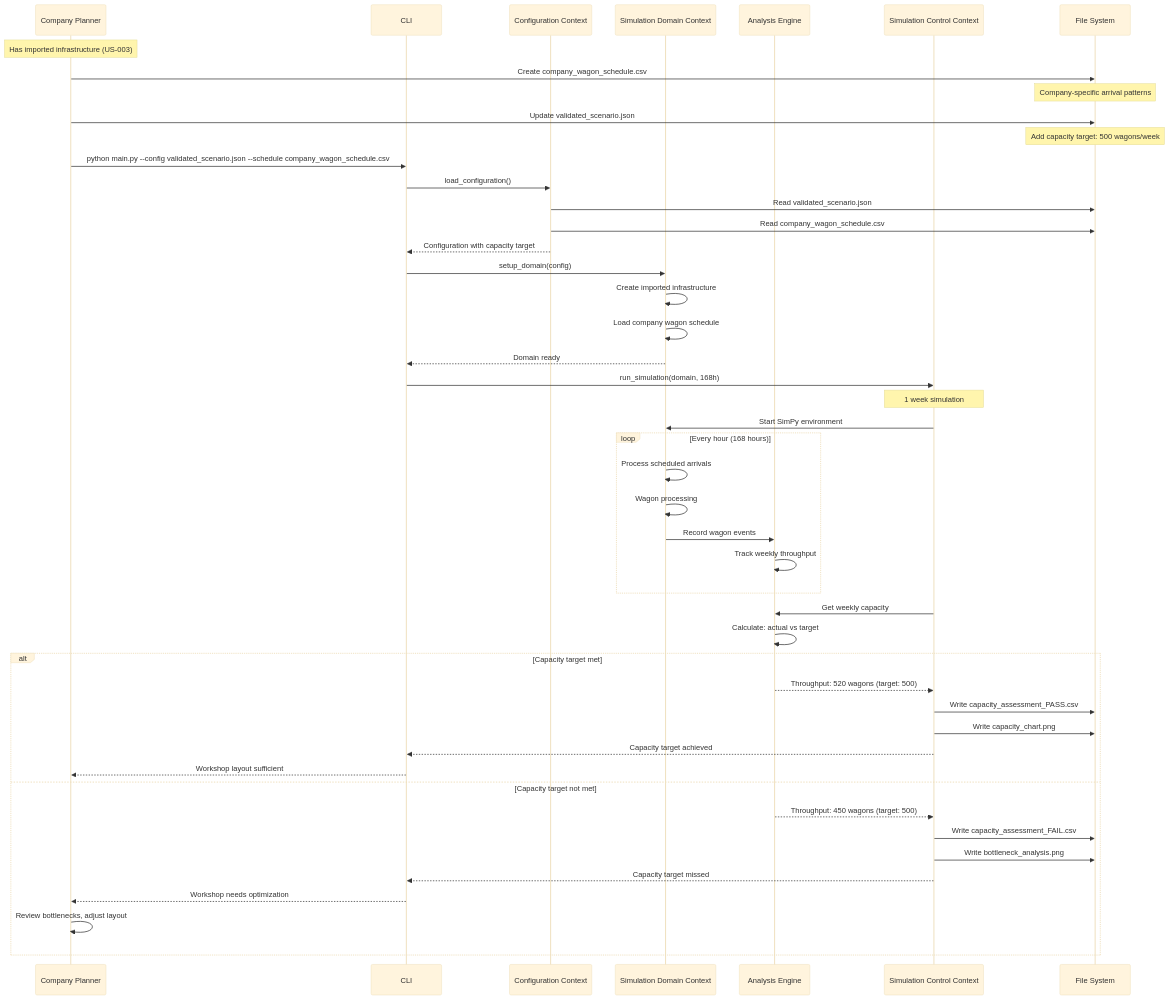
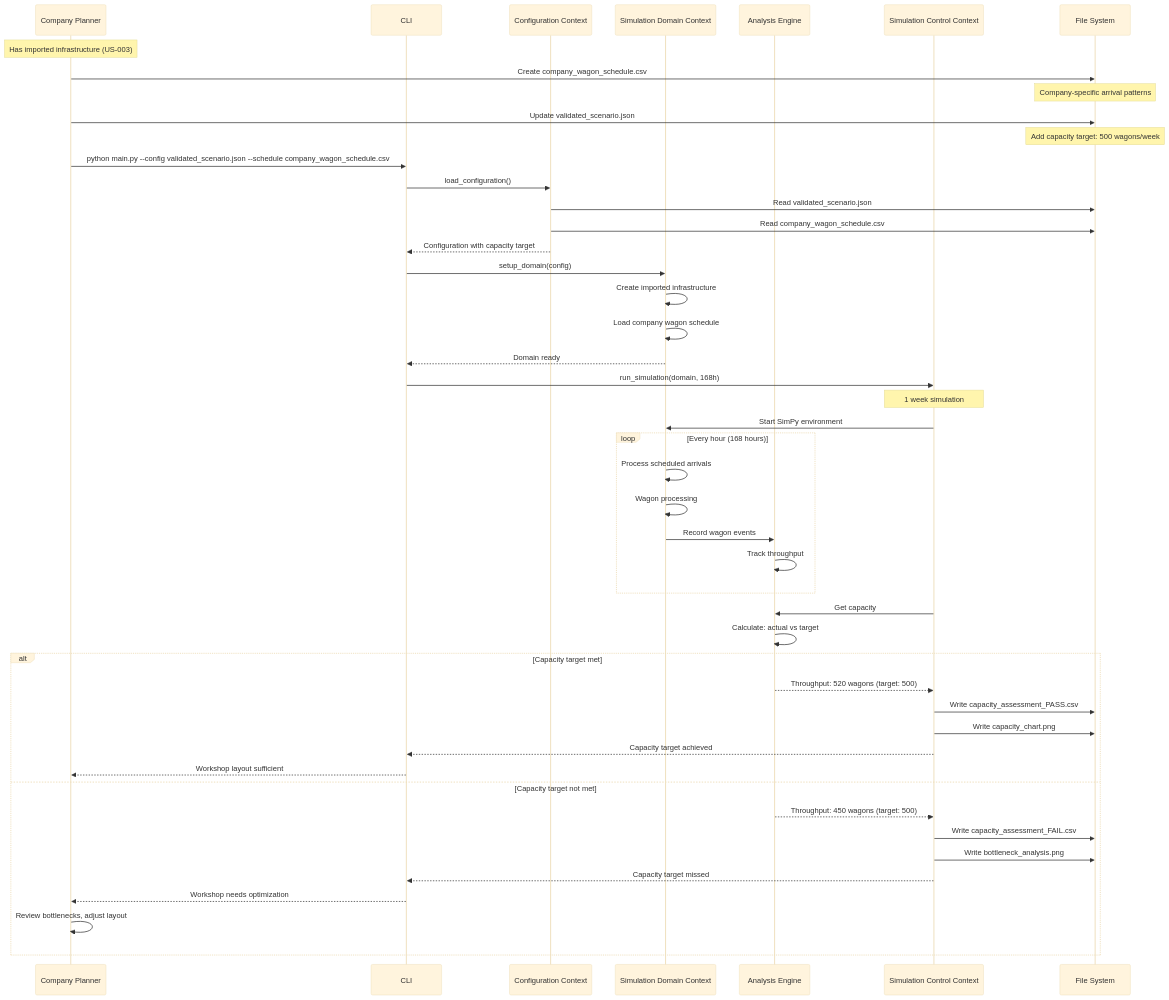
The fifth of 8 diagrams in docs/mvp/architecture/06-runtime.md (OpenRailAssociation/dac-migration-dss-popupsim), drawn with Mermaid (base theme) before and after one commit. The commit also changed other lines of this file and 1 other file, not shown here.

Commit message:
docs(pages): 📝 update diagrams arch and ci

````diff
--- a/docs/mvp/architecture/06-runtime.md
+++ b/docs/mvp/architecture/06-runtime.md
@@ -279,57 +280,57 @@
 ```mermaid
 sequenceDiagram
     participant Planner as Company Planner
     participant CLI as CLI
     participant Config as Configuration Context
     participant Domain as Simulation Domain Context
     participant Analysis as Analysis Engine
     participant Control as Simulation Control Context
     participant Files as File System
 
     Note over Planner: Has imported infrastructure (US-003)
-    
+
     Planner->>Files: Create company_wagon_schedule.csv
     Note over Files: Company-specific arrival patterns
     Planner->>Files: Update validated_scenario.json
     Note over Files: Add capacity target: 500 wagons/week
-    
+
     Planner->>CLI: python main.py --config validated_scenario.json --schedule company_wagon_schedule.csv
     CLI->>Config: load_configuration()
     Config->>Files: Read validated_scenario.json
     Config->>Files: Read company_wagon_schedule.csv
     Config-->>CLI: Configuration with capacity target
-    
+
     CLI->>Domain: setup_domain(config)
     Domain->>Domain: Create imported infrastructure
     Domain->>Domain: Load company wagon schedule
     Domain-->>CLI: Domain ready
-    
+
     CLI->>Control: run_simulation(domain, 168h)
     Note over Control: 1 week simulation
     Control->>Domain: Start SimPy environment
-    
+
     loop Every hour (168 hours)
         Domain->>Domain: Process scheduled arrivals
         Domain->>Domain: Wagon processing
         Domain->>Analysis: Record wagon events
-        Analysis->>Analysis: Track weekly throughput
+        Analysis->>Analysis: Track throughput
     end
-    
-    Control->>Analysis: Get weekly capacity
+
+    Control->>Analysis: Get capacity
     Analysis->>Analysis: Calculate: actual vs target
-    
+
     alt Capacity target met
         Analysis-->>Control: Throughput: 520 wagons (target: 500)
         Control->>Files: Write capacity_assessment_PASS.csv
         Control->>Files: Write capacity_chart.png
         Control-->>CLI: Capacity target achieved
         CLI-->>Planner: Workshop layout sufficient
     else Capacity target not met
         Analysis-->>Control: Throughput: 450 wagons (target: 500)
         Control->>Files: Write capacity_assessment_FAIL.csv
         Control->>Files: Write bottleneck_analysis.png
         Control-->>CLI: Capacity target missed
         CLI-->>Planner: Workshop needs optimization
         Planner->>Planner: Review bottlenecks, adjust layout
     end
 ```
````
